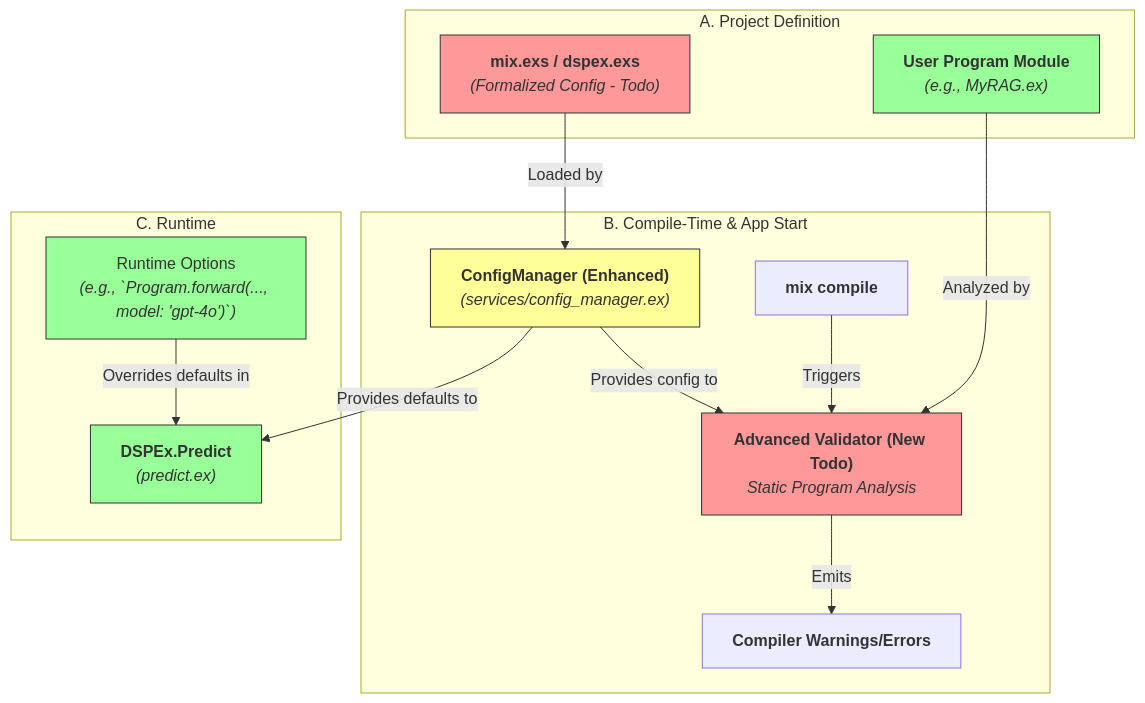
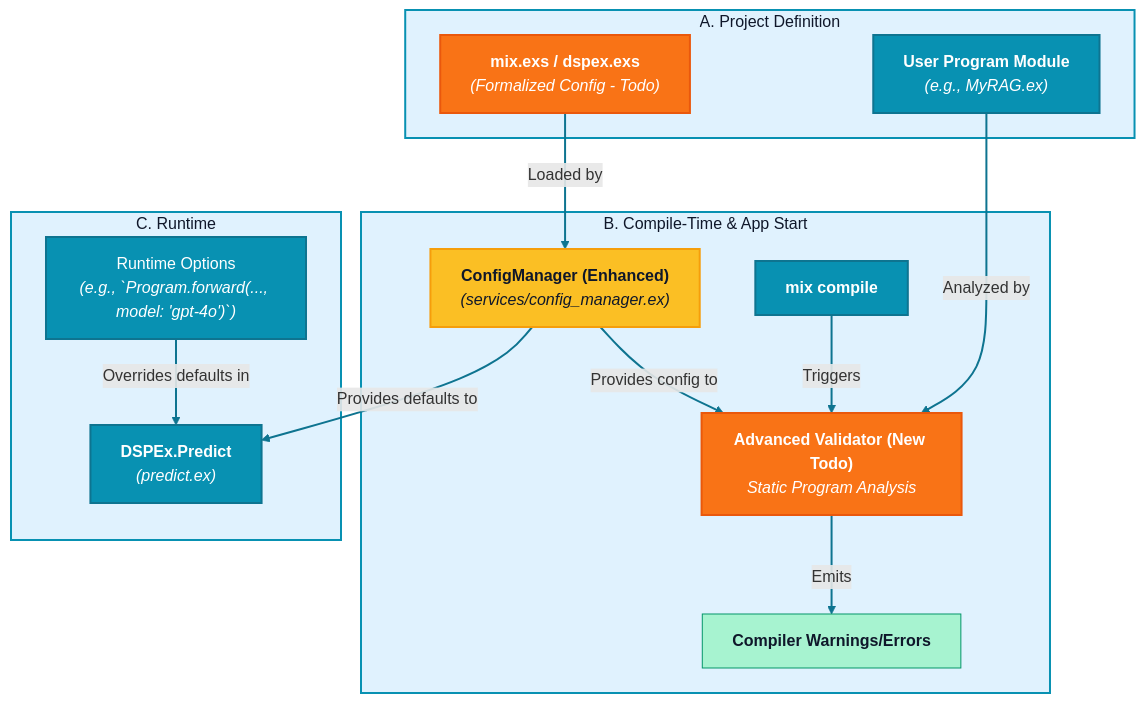
One commit to nshkrdotcom/ds_ex changed the first of 5 diagrams in baml_gap.md. Above: the diagram before and after it, drawn with Mermaid. The commit also changed other lines of this file and 31 other files, not shown here.

````diff
--- a/baml_gap.md
+++ b/baml_gap.md
@@ -19,34 +19,47 @@
 ```mermaid
 graph TD
-    subgraph "A. Project Definition"
+    subgraph A["A. Project Definition"]
         A1["<b>mix.exs / dspex.exs</b><br><i>(Formalized Config - Todo)</i>"]
         A2["<b>User Program Module</b><br><i>(e.g., MyRAG.ex)</i>"]
-        style A1 fill:#f99,stroke:#333
-        style A2 fill:#9f9,stroke:#333
     end
 
-    subgraph "B. Compile-Time & App Start"
+    subgraph B["B. Compile-Time & App Start"]
         B1["<b>mix compile</b>"]
         B2["<b>ConfigManager (Enhanced)</b><br><i>(services/config_manager.ex)</i>"]
         B3["<b>Advanced Validator (New Todo)</b><br><i>Static Program Analysis</i>"]
         B4["<b>Compiler Warnings/Errors</b>"]
-        style B2 fill:#ff9,stroke:#333
-        style B3 fill:#f99,stroke:#333
     end
 
-    subgraph "C. Runtime"
+    subgraph C["C. Runtime"]
         C1["<b>DSPEx.Predict</b><br><i>(predict.ex)</i>"]
         C2["Runtime Options<br><i>(e.g., `Program.forward(..., model: 'gpt-4o')`)</i>"]
-        style C1 fill:#9f9,stroke:#333
-        style C2 fill:#9f9,stroke:#333
     end
 
     A1 -- "Loaded by" --> B2
     A2 -- "Analyzed by" --> B3
     B1 -- "Triggers" --> B3
     B2 -- "Provides config to" --> B3
     B3 -- "Emits" --> B4
 
     B2 -- "Provides defaults to" --> C1
     C2 -- "Overrides defaults in" --> C1
+
+    %% BAML-inspired styling with semantic colors for DSPEx gaps
+    classDef setupPhase fill:#0891b2,stroke:#0e7490,stroke-width:2px,color:#fff
+    classDef concurrentEngine fill:#06b6d4,stroke:#0891b2,stroke-width:2px,color:#fff
+    classDef taskNode fill:#22d3ee,stroke:#0891b2,stroke-width:2px,color:#0f172a
+    classDef processNode fill:#67e8f9,stroke:#0891b2,stroke-width:2px,color:#0f172a
+    classDef resultNode fill:#a7f3d0,stroke:#059669,stroke-width:1px,color:#0f172a
+    classDef todoNew fill:#f97316,stroke:#ea580c,stroke-width:2px,color:#fff
+    classDef needsChanges fill:#fbbf24,stroke:#f59e0b,stroke-width:2px,color:#0f172a
+    classDef subgraphTitleTop fill:#e0f2fe,stroke:#0891b2,stroke-width:2px,color:#0f172a
+
+    class A1,B3 todoNew
+    class B2 needsChanges
+    class A2,B1,C1,C2 setupPhase
+    class B4 resultNode
+    class A,B,C subgraphTitleTop
+
+    %% BAML brand styling for arrows
+    linkStyle default stroke:#0e7490,stroke-width:2px
 ```
````
